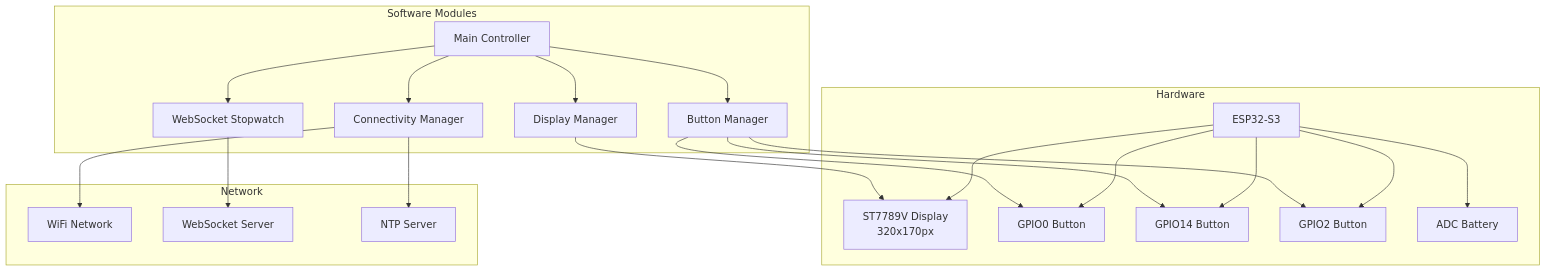
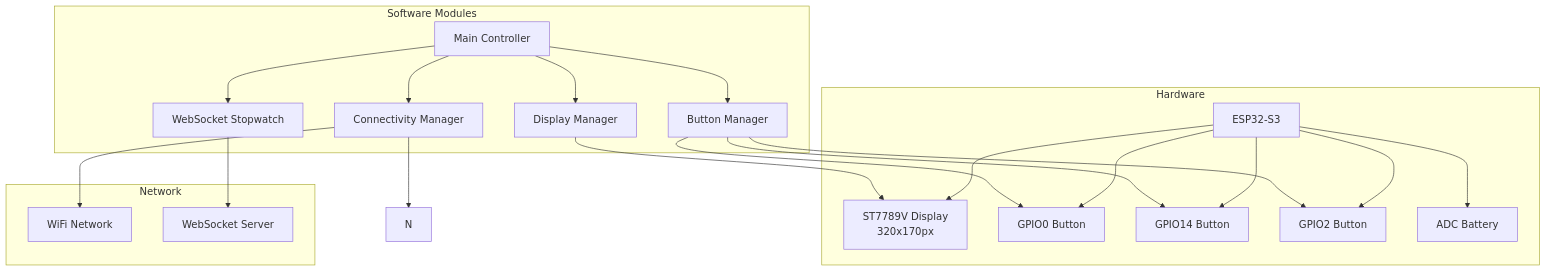
Before and after one commit to spelbreker/swimwatch-hardware: the first of 3 diagrams in README.md, drawn with Mermaid. The commit also changed other lines of this file and 6 other files, not shown here.

````diff
--- a/README.md
+++ b/README.md
@@ -16,45 +16,44 @@
 ```mermaid
 graph TB
     subgraph "Hardware"
         A[ESP32-S3] 
         B[ST7789V Display<br/>320x170px]
         C[GPIO0 Button]
         D[GPIO14 Button]
         E[GPIO2 Button]
         F[ADC Battery]
     end
     
     subgraph "Software Modules"
         G[Main Controller]
         H[Display Manager]
         I[Button Manager]
         J[Connectivity Manager]
         K[WebSocket Stopwatch]
     end
     
     subgraph "Network"
         L[WiFi Network]
         M[WebSocket Server]
-        N[NTP Server]
     end
     
     A --> B
     A --> C
     A --> D
     A --> E
     A --> F
     
     G --> H
     G --> I
     G --> J
     G --> K
     
     J --> L
     K --> M
     J --> N
     
     H --> B
     I --> C
     I --> D
     I --> E
 ```
````
